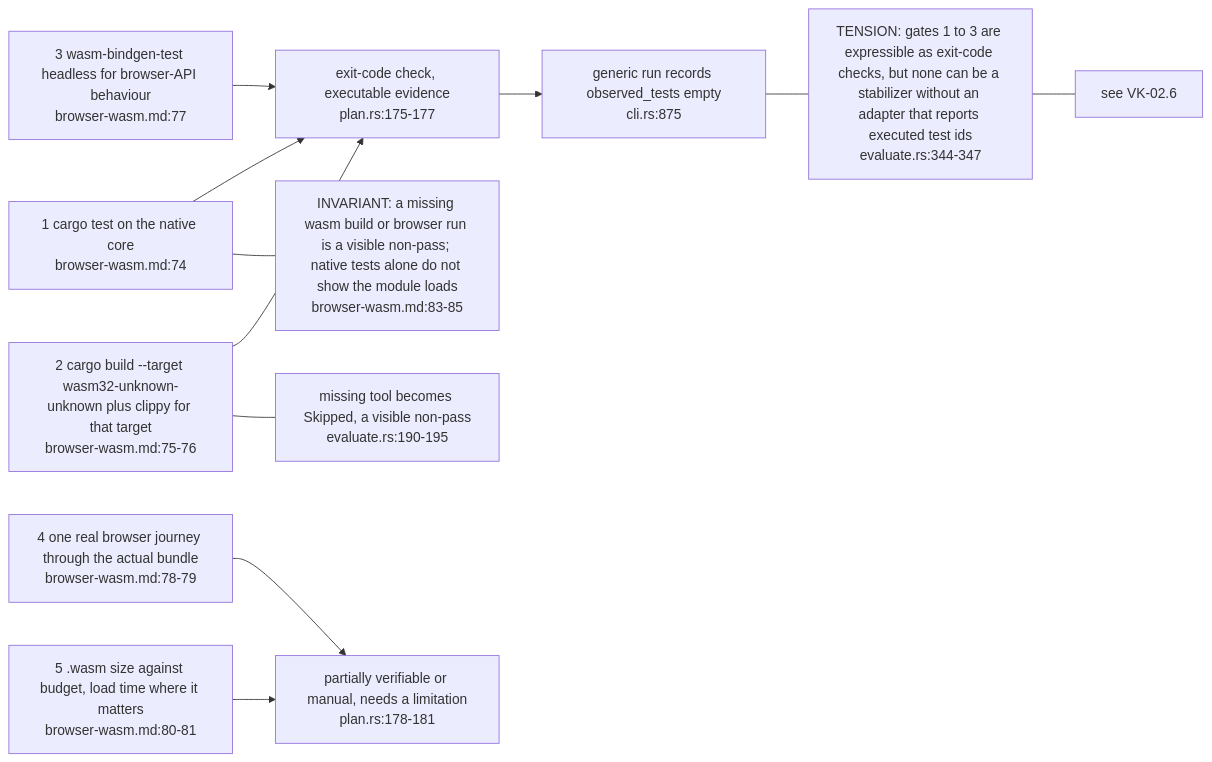
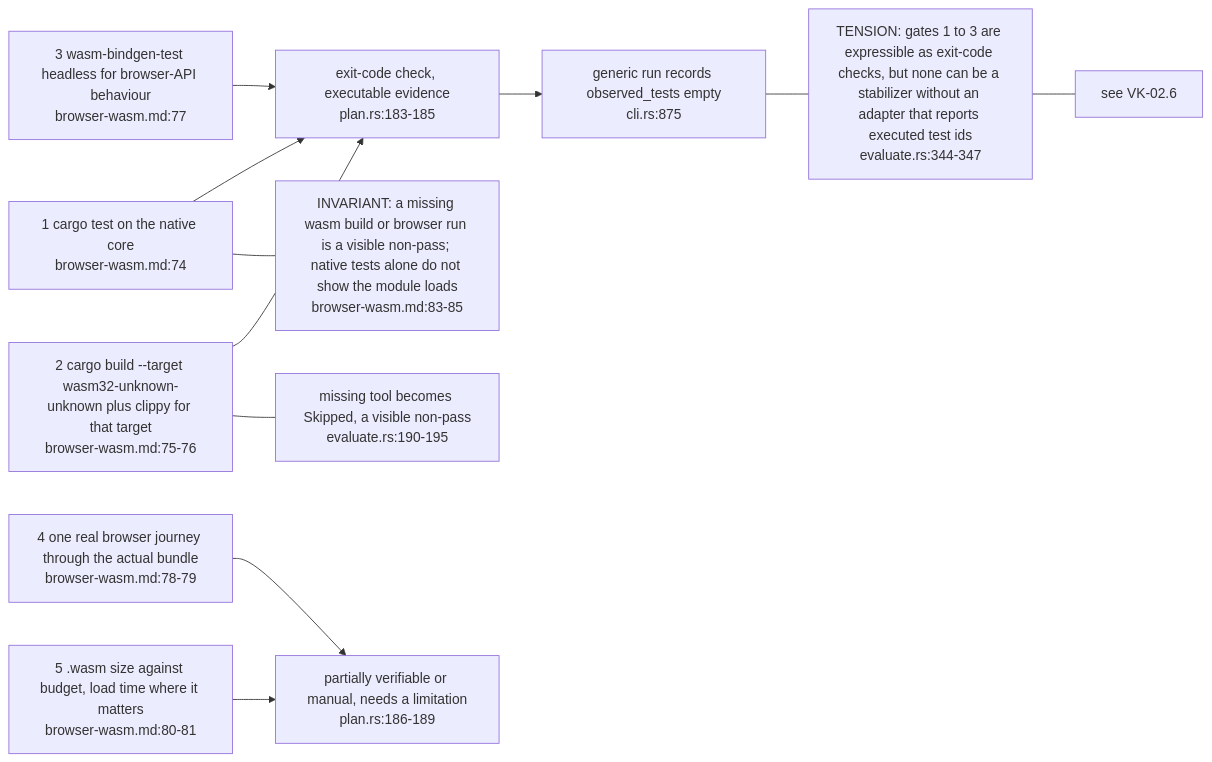
One commit to DreamLab-AI/VisionFlow changed the fourth of 5 diagrams in docs/diagrams/visioncraft/05-browser-wasm-default-and-agentbox-consumption.md. Above: the diagram before and after it, drawn with Mermaid. The commit also changed other lines of this file and 48 other files, not shown here.

Commit message:
docs: reconcile estate repairs and first diagram refresh batch

````diff
--- a/docs/diagrams/visioncraft/05-browser-wasm-default-and-agentbox-consumption.md
+++ b/docs/diagrams/visioncraft/05-browser-wasm-default-and-agentbox-consumption.md
@@ -129,25 +129,25 @@
 ```mermaid
 flowchart LR
     G1["1 cargo test on the native core<br/>browser-wasm.md:74"]
     G2["2 cargo build --target wasm32-unknown-unknown plus clippy for that target<br/>browser-wasm.md:75-76"]
     G3["3 wasm-bindgen-test headless for browser-API behaviour<br/>browser-wasm.md:77"]
     G4["4 one real browser journey through the actual bundle<br/>browser-wasm.md:78-79"]
     G5["5 .wasm size against budget, load time where it matters<br/>browser-wasm.md:80-81"]
-    EC["exit-code check, executable evidence<br/>plan.rs:175-177"]
-    PV["partially verifiable or manual, needs a limitation<br/>plan.rs:178-181"]
+    EC["exit-code check, executable evidence<br/>plan.rs:183-185"]
+    PV["partially verifiable or manual, needs a limitation<br/>plan.rs:186-189"]
     GEN["generic run records observed_tests empty<br/>cli.rs:875"]
     SK["missing tool becomes Skipped, a visible non-pass<br/>evaluate.rs:190-195"]
     G1 --> EC
     G2 --> EC
     G3 --> EC
     G4 --> PV
     G5 --> PV
     EC --> GEN
     G1 --- N1
     N1["INVARIANT: a missing wasm build or browser run is a visible non-pass; native tests alone do not show the module loads<br/>browser-wasm.md:83-85"]
     N2["TENSION: gates 1 to 3 are expressible as exit-code checks, but none can be a stabilizer without an adapter that reports executed test ids<br/>evaluate.rs:344-347"]
     N3["see VK-02.6"]
     GEN --- N2
     N2 --- N3
     G2 --- SK
 ```
````
